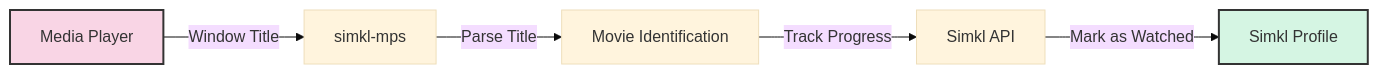
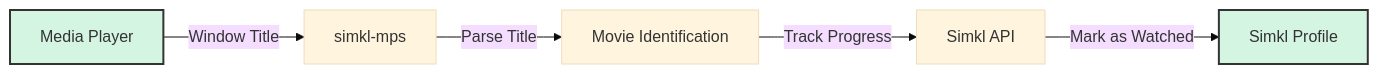
One commit to ByteTrix/Media-Player-Scrobbler-for-Simkl changed the diagram in README.md. Above: the diagram before and after it, drawn with Mermaid (base theme).

````diff
--- a/README.md
+++ b/README.md
@@ -52,10 +52,10 @@
 ```mermaid
 graph LR
     A[Media Player] -->|Window Title| B[simkl-mps]
     B -->|Parse Title| C[Movie Identification]
     C -->|Track Progress| D[Simkl API]
     D -->|Mark as Watched| E[Simkl Profile]
     
-    style A fill:#f9d5e5,stroke:#333,stroke-width:2px
+    style A fill:#d5f5e3,stroke:#333,stroke-width:2px
     style E fill:#d5f5e3,stroke:#333,stroke-width:2px
 ```
````
